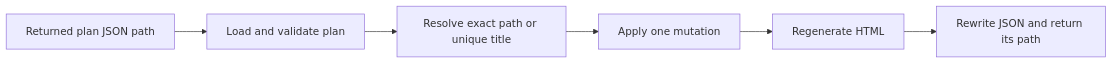
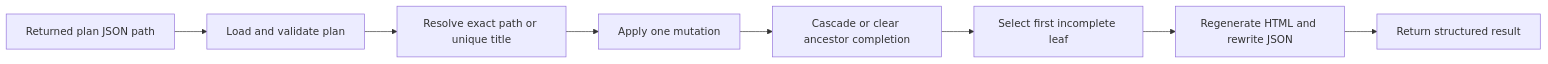
One commit to martinbechard/mcp-agent-ops changed the second of 2 diagrams in docs/reference/hierarchy-html-renderer.md. Above: the diagram before and after it, drawn with Mermaid. The commit also changed other lines of this file and 11 other files, not shown here.

````diff
--- a/docs/reference/hierarchy-html-renderer.md
+++ b/docs/reference/hierarchy-html-renderer.md
@@ -366,8 +401,10 @@
 ```mermaid
 flowchart LR
     A["Returned plan JSON path"] --> B["Load and validate plan"]
     B --> C["Resolve exact path or unique title"]
     C --> D["Apply one mutation"]
-    D --> E["Regenerate HTML"]
-    E --> F["Rewrite JSON and return its path"]
+    D --> E["Cascade or clear ancestor completion"]
+    E --> F["Select first incomplete leaf"]
+    F --> G["Regenerate HTML and rewrite JSON"]
+    G --> H["Return structured result"]
 ```
````
